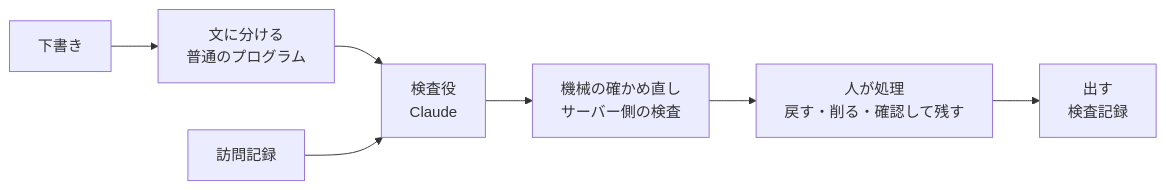
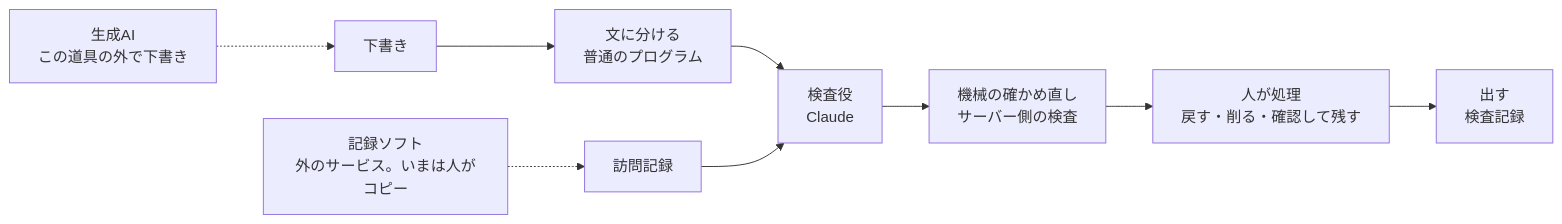
The diagram in README.md (koheimatsushita-creator/moto-ga-aru-houkokusho), drawn with Mermaid before and after one commit. The commit also changed other lines of this file and 6 other files, not shown here.

````diff
--- a/README.md
+++ b/README.md
@@ -62,9 +81,11 @@
 ```mermaid
 flowchart LR
+  S[記録ソフト<br/>外のサービス。いまは人がコピー] -.-> R
+  G[生成AI<br/>この道具の外で下書き] -.-> A
   A[下書き] --> B[文に分ける<br/>普通のプログラム]
   B --> C[検査役<br/>Claude]
   R[訪問記録] --> C
   C --> D[機械の確かめ直し<br/>サーバー側の検査]
   D --> E[人が処理<br/>戻す・削る・確認して残す]
   E --> F[出す<br/>検査記録]
 ```
````
